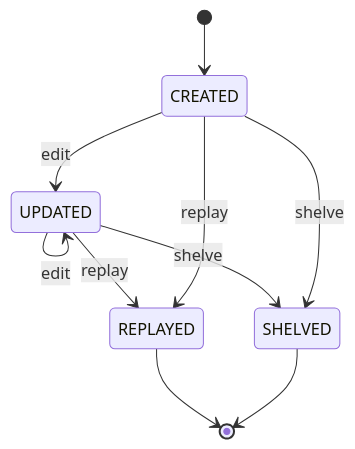
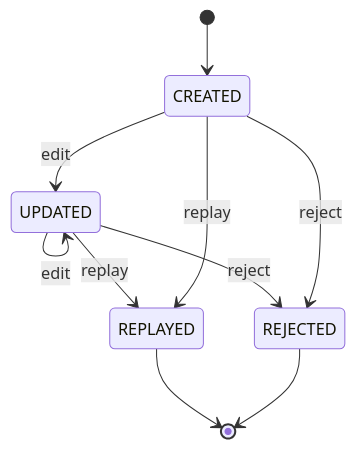
The diagram in proto/o5/dante/v1/README.md (pentops/o5-pb), drawn with Mermaid before and after one commit. The commit also changed 1 other file, not shown here.

Commit message:
fixing state diagram to represent the current convo

````diff
--- a/proto/o5/dante/v1/README.md
+++ b/proto/o5/dante/v1/README.md
@@ -7,14 +7,14 @@
 ```mermaid
 stateDiagram-v2
     [*] --> CREATED
     CREATED --> UPDATED : edit
     CREATED --> REPLAYED : replay
-    CREATED --> SHELVED : shelve
+    CREATED --> REJECTED : reject
 
     UPDATED --> UPDATED : edit
     UPDATED --> REPLAYED : replay
-    UPDATED --> SHELVED : shelve
+    UPDATED --> REJECTED : reject
 
-    SHELVED --> [*]
+    REJECTED --> [*]
     REPLAYED --> [*]
 ```
````
